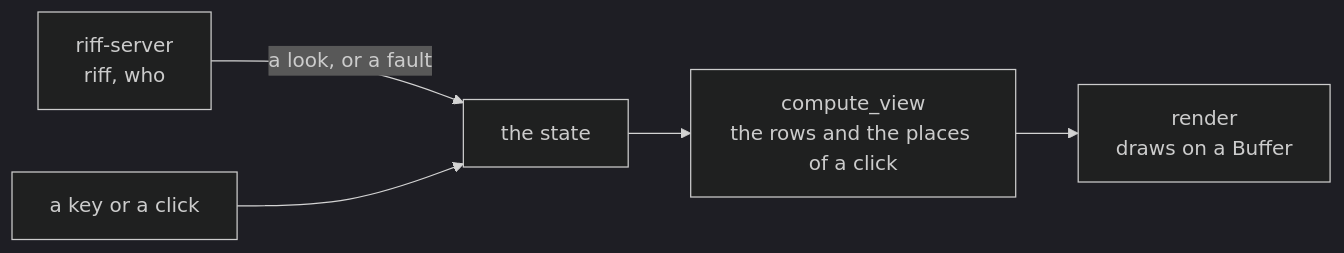
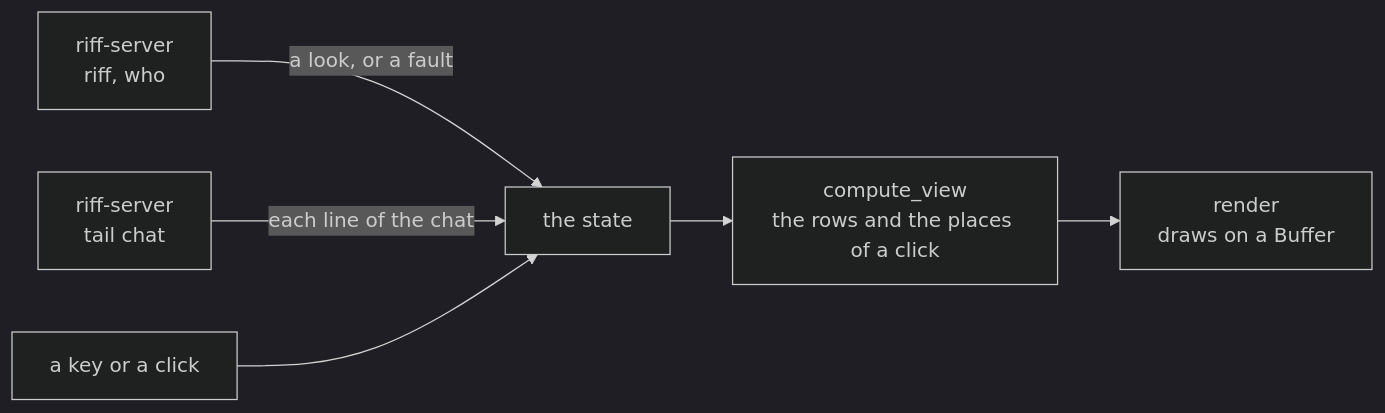
The fourth of 6 diagrams in docs/src/riff-uis.md (como-technologies/riff), drawn with Mermaid (dark theme) before and after one commit. The commit also changed other lines of this file and 14 other files, not shown here.

First line of the commit message:
The Chat tab of the TUI shows the chat, sends a line and says whom it wakes

````diff
--- a/docs/src/riff-uis.md
+++ b/docs/src/riff-uis.md
@@ -219,7 +220,8 @@
 ```mermaid
 flowchart LR
     S["riff-server<br/>riff, who"] -- "a look, or a fault" --> ST["the state"]
+    C["riff-server<br/>tail chat"] -- "each line of the chat" --> ST
     K["a key or a click"] --> ST
     ST --> V["compute_view<br/>the rows and the places of a click"]
     V --> R["render<br/>draws on a Buffer"]
 ```
````
